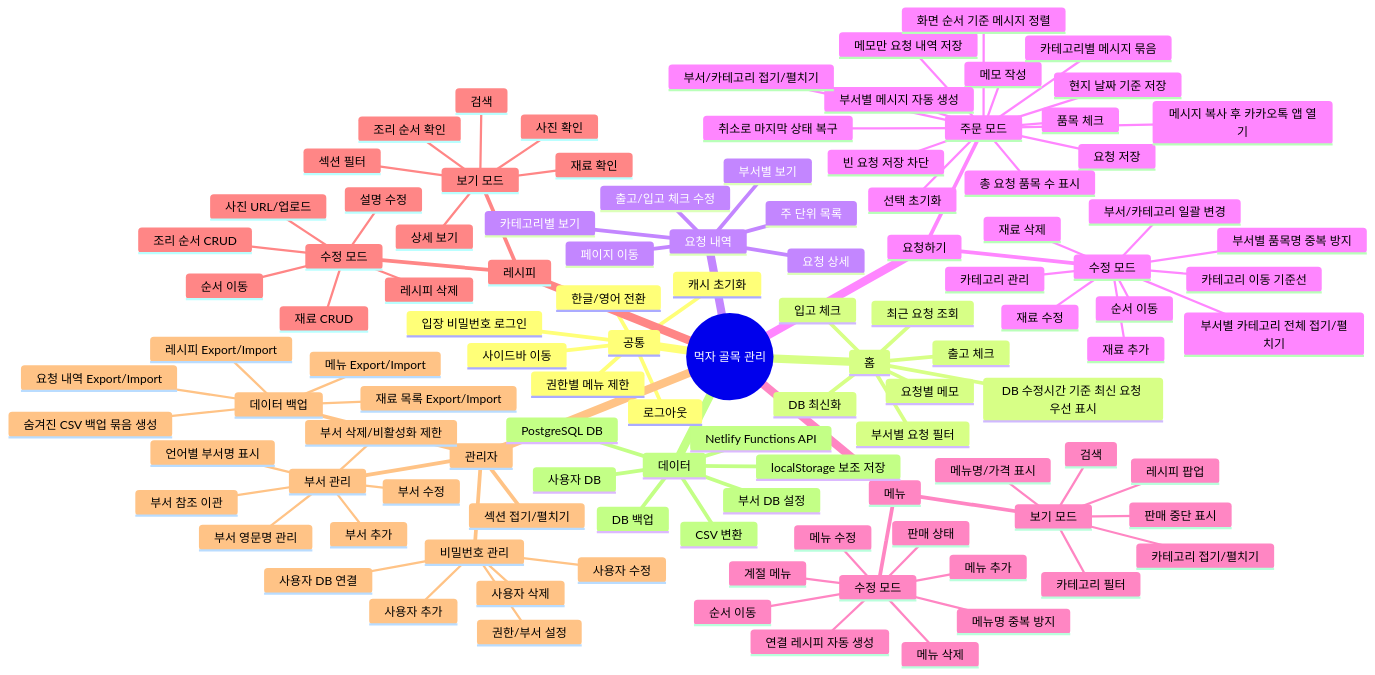
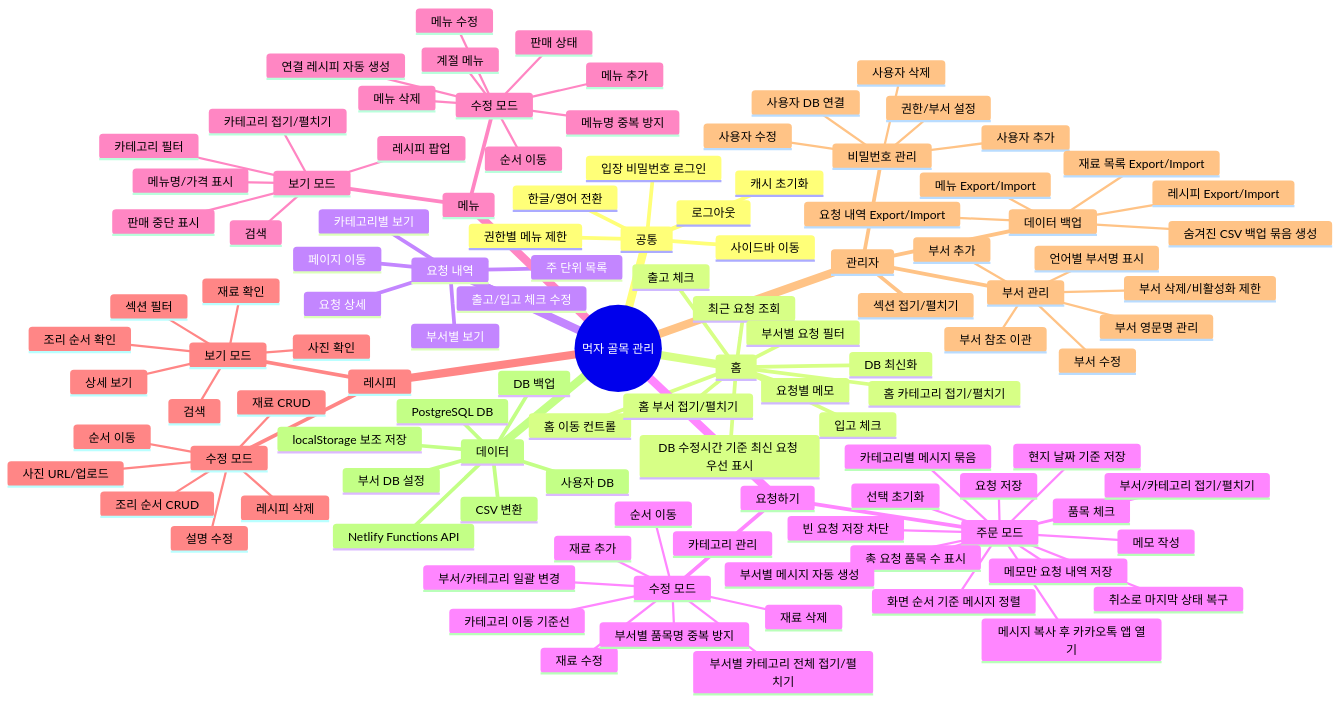
The diagram in docs/mukja-function-tree-ko.md (itsfreedom/mukja), drawn with Mermaid before and after one commit. The commit also changed other lines of this file and 14 other files, not shown here.

```diff
--- a/docs/mukja-function-tree-ko.md
+++ b/docs/mukja-function-tree-ko.md
@@ -22,6 +22,9 @@
       최근 요청 조회
       DB 수정시간 기준 최신 요청 우선 표시
       부서별 요청 필터
+      홈 이동 컨트롤
+      홈 부서 접기/펼치기
+      홈 카테고리 접기/펼치기
       입고 체크
       출고 체크
       요청별 메모
```
